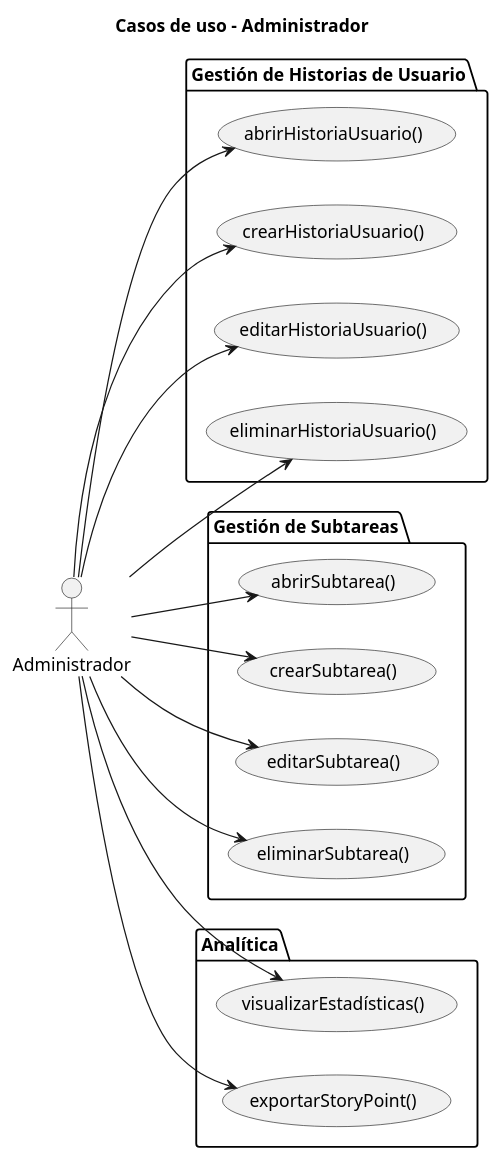
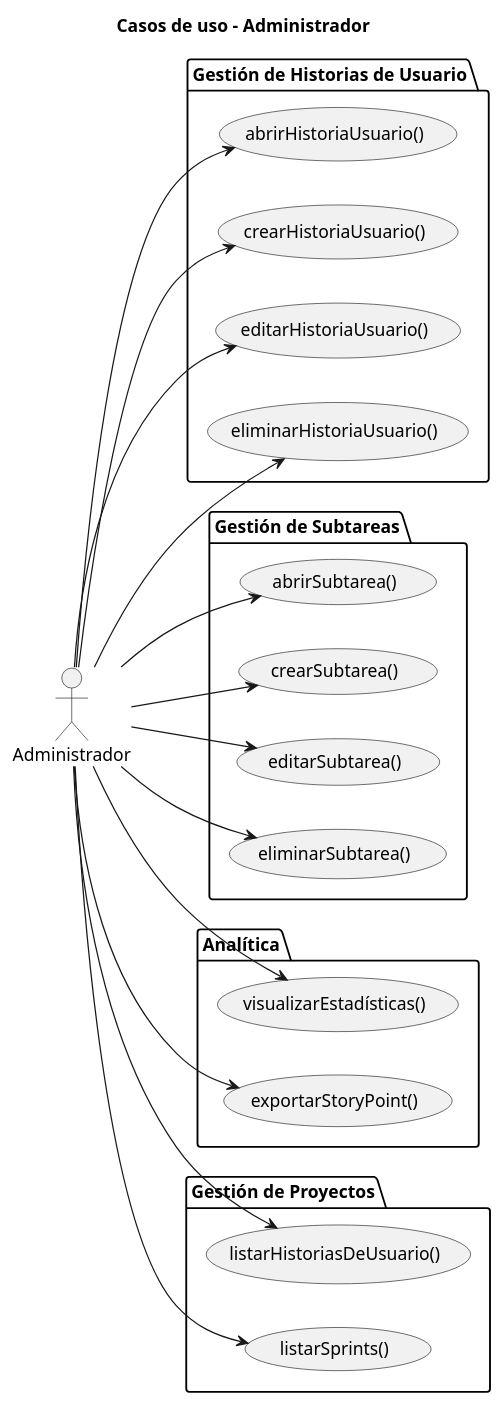
Before and after one commit to mmasias/25-26-IDSW1: the diagram in entregas/palmaCamila/CasoDeUso/CRUD_Administrador/CasoDeUso.puml, drawn with PlantUML.

Commit message:
Add use cases for project management in the Administrator role diagram

```diff
--- a/entregas/palmaCamila/CasoDeUso/CRUD_Administrador/CasoDeUso.puml
+++ b/entregas/palmaCamila/CasoDeUso/CRUD_Administrador/CasoDeUso.puml
@@ -1,39 +1,48 @@
 @startuml
 title Casos de uso – Administrador
 
 left to right direction
 
 actor "Administrador" as Admin
 
   package "Gestión de Historias de Usuario" {
     usecase UC1 as "abrirHistoriaUsuario()"
     usecase UC2 as "crearHistoriaUsuario()"
     usecase UC3 as "editarHistoriaUsuario()"
     usecase UC4 as "eliminarHistoriaUsuario()"
   }
 
   package "Gestión de Subtareas" {
     usecase UC5 as "abrirSubtarea()"
     usecase UC6 as "crearSubtarea()"
     usecase UC7 as "editarSubtarea()"
     usecase UC8 as "eliminarSubtarea()"
   }
 
   package "Analítica" {
     usecase UC9 as "visualizarEstadísticas()"
     usecase UC10 as "exportarStoryPoint()"
   }
+  
+  package "Gestión de Proyectos" {
+    usecase UC11 as "listarHistoriasDeUsuario()" 
+    usecase UC12 as "listarSprints()" 
+
+}
 
 Admin --> UC1
 Admin --> UC2
 Admin --> UC3
 Admin --> UC4
 Admin --> UC5
 Admin --> UC6
 Admin --> UC7
 Admin --> UC8
 Admin --> UC9
 Admin --> UC10
+Admin --> UC11
+Admin --> UC12
+
 
 
 @enduml
```
